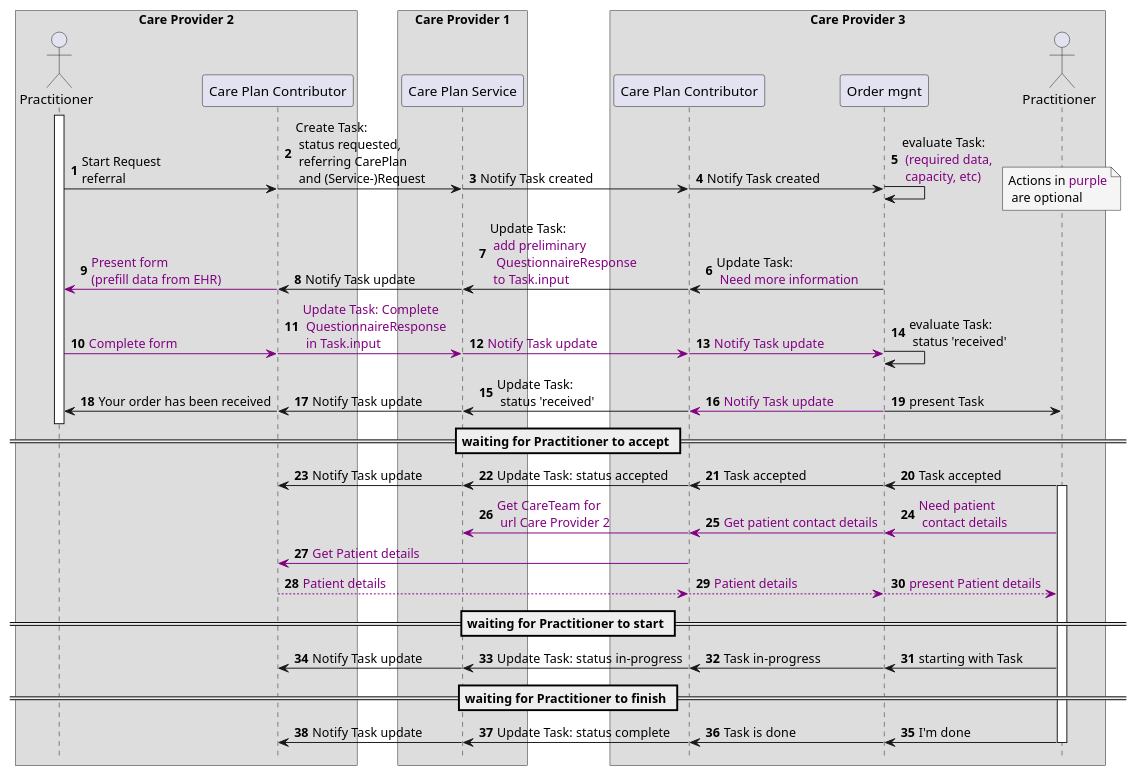
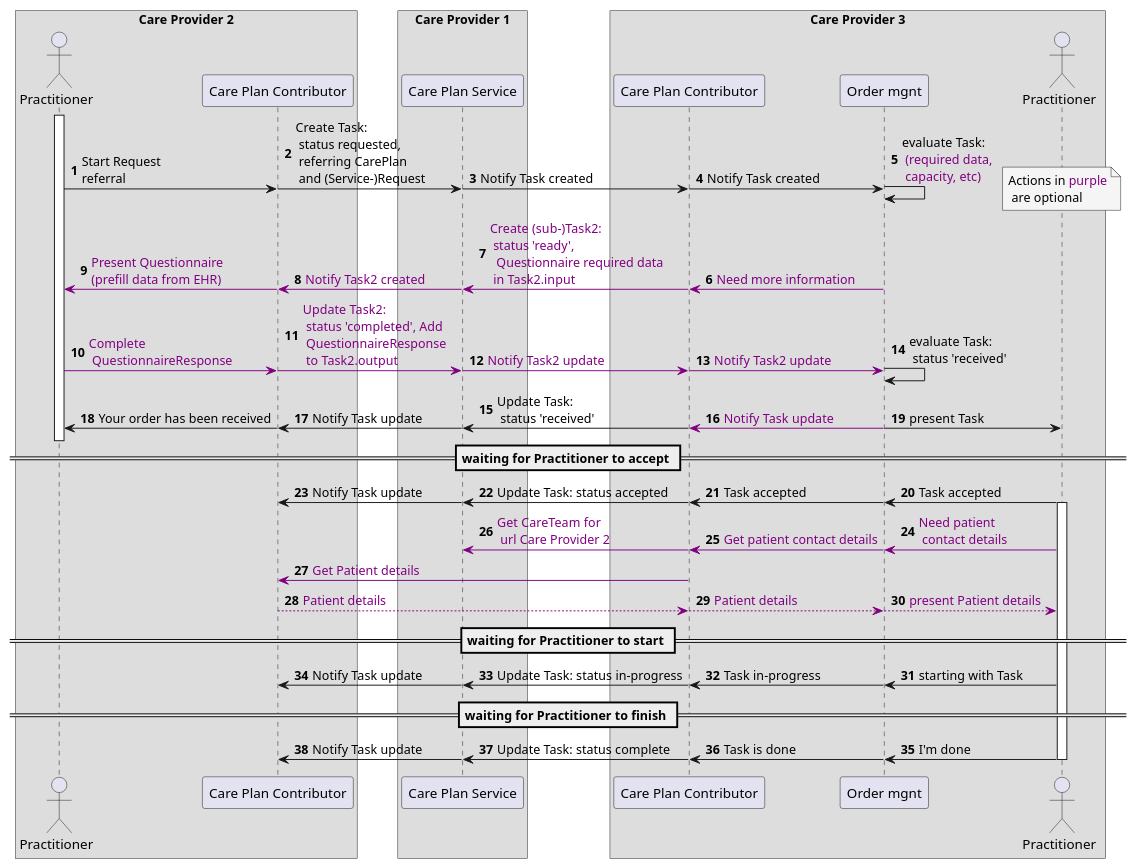
Before and after one commit to SanteonNL/shared-care-planning: the diagram in input/images-source/overview-task-negotiation-1-2-3.plantuml, drawn with PlantUML. The commit also changed 4 other files, not shown here.

```diff
--- a/input/images-source/overview-task-negotiation-1-2-3.plantuml
+++ b/input/images-source/overview-task-negotiation-1-2-3.plantuml
@@ -1,82 +1,90 @@
 @startuml overview-task-negotiation-1-2-3
 
 autonumber
 !pragma teoz true
 
 box Care Provider 2
     actor "Practitioner" as Practitioner1
     participant "Care Plan Contributor" as CPC1
 end box
 box Care Provider 1
     participant "Care Plan Service" as CPS
 end box
 
 box Care Provider 3
     participant "Care Plan Contributor" as CPC2
     participant "Order mgnt" as EHR2
     actor "Practitioner" as Practitioner2
 end box
-hide footbox
-
 
 activate Practitioner1
 Practitioner1 -> CPC1 : Start Request\nreferral
 & CPC1 -> CPS : Create Task:\n status requested,\n referring CarePlan\n and (Service-)Request
 & CPS -> CPC2  : Notify Task created
 & CPC2 -> EHR2  : Notify Task created
 & EHR2 -> EHR2 : evaluate Task:\n <color #purple>(required data,\n <color #purple>capacity, etc)
 
 & note over Practitioner2 #WhiteSmoke
 Actions in <color #purple>purple
  are optional
 end note
 
-EHR2 -> CPC2 : Update Task:\n <color #purple>Need more information
-& CPC2 -> CPS  : Update Task: \n <color #purple>add preliminary\n <color #purple> QuestionnaireResponse\n <color #purple>to Task.input
-& CPS -> CPC1 : Notify Task update
-& CPC1 -[#purple]> Practitioner1 : <color #purple>Present form\n<color #purple>(prefill data from EHR)
+' EHR2 -> CPC2 : <color #purple>Need more information
+' & CPC2 -> CPS  : Update Task: \n <color #purple>add preliminary\n <color #purple> QuestionnaireResponse\n <color #purple>to Task.input
+' & CPS -> CPC1 : Notify Task update
+' & CPC1 -[#purple]> Practitioner1 : <color #purple>Present form\n<color #purple>(prefill data from EHR)
 
-Practitioner1 -[#purple]> CPC1 : <color #purple>Complete form
-& CPC1 -[#purple]> CPS : <color #purple>Update Task: Complete\n <color #purple>QuestionnaireResponse\n <color #purple>in Task.input
-& CPS -[#purple]> CPC2 : <color #purple>Notify Task update
-& CPC2 -[#purple]> EHR2 : <color #purple>Notify Task update
+' Practitioner1 -[#purple]> CPC1 : <color #purple>Complete form
+' & CPC1 -[#purple]> CPS : <color #purple>Update Task: Complete\n <color #purple>QuestionnaireResponse\n <color #purple>in Task.input
+' & CPS -[#purple]> CPC2 : <color #purple>Notify Task update
+' & CPC2 -[#purple]> EHR2 : <color #purple>Notify Task update
+
+EHR2 -[#purple]> CPC2 : <color #purple>Need more information
+& CPC2 -[#purple]> CPS  : <color #purple>Create (sub-)Task2:\n <color #purple>status 'ready',\n <color #purple> Questionnaire required data\n <color #purple>in Task2.input
+& CPS -[#purple]> CPC1 : <color #purple>Notify Task2 created
+& CPC1 -[#purple]> Practitioner1 : <color #purple>Present Questionnaire\n<color #purple>(prefill data from EHR)
+
+Practitioner1 -[#purple]> CPC1 : <color #purple>Complete\n <color #purple>QuestionnaireResponse
+& CPC1 -[#purple]> CPS : <color #purple>Update Task2: \n <color #purple>status 'completed', Add\n <color #purple>QuestionnaireResponse\n <color #purple>to Task2.output
+& CPS -[#purple]> CPC2 : <color #purple>Notify Task2 update
+& CPC2 -[#purple]> EHR2 : <color #purple>Notify Task2 update
 
 & EHR2 -> EHR2 : evaluate Task:\n status 'received'
 
 CPC2 -> CPS : Update Task: \n status 'received'
 & EHR2 -[#purple]> CPC2 : <color #purple>Notify Task update
 & CPS -> CPC1 : Notify Task update
 & CPC1 -> Practitioner1 : Your order has been received
 & EHR2 -> Practitioner2 : present Task
 
 deactivate Practitioner1
 
 == waiting for Practitioner to accept ==
 Practitioner2 -> EHR2 : Task accepted
 activate Practitioner2
 & EHR2 -> CPC2 : Task accepted
 & CPC2 -> CPS : Update Task: status accepted
 & CPS -> CPC1 : Notify Task update
 
 Practitioner2 -[#purple]> EHR2 : <color #purple>Need patient\n <color #purple>contact details
 
 & EHR2 -[#purple]> CPC2 : <color #purple>Get patient contact details
 & CPC2 -[#purple]> CPS : <color #purple>Get CareTeam for\n <color #purple>url Care Provider 2
 CPC2 -[#purple]> CPC1 : <color #purple>Get Patient details
 CPC1 -[#purple]-> CPC2 : <color #purple>Patient details
 
 & CPC2 -[#purple]-> EHR2 : <color #purple>Patient details
 
 & EHR2 -[#purple]-> Practitioner2 : <color #purple>present Patient details
 == waiting for Practitioner to start ==
 Practitioner2 -> EHR2 : starting with Task
 & EHR2 -> CPC2 : Task in-progress
 & CPC2 -> CPS : Update Task: status in-progress
 & CPS -> CPC1 : Notify Task update
 == waiting for Practitioner to finish ==
 Practitioner2 -> EHR2 : I'm done
 & EHR2 -> CPC2 : Task is done
 & CPC2 -> CPS : Update Task: status complete
 & CPS -> CPC1 : Notify Task update
 deactivate Practitioner2
 @enduml
```
